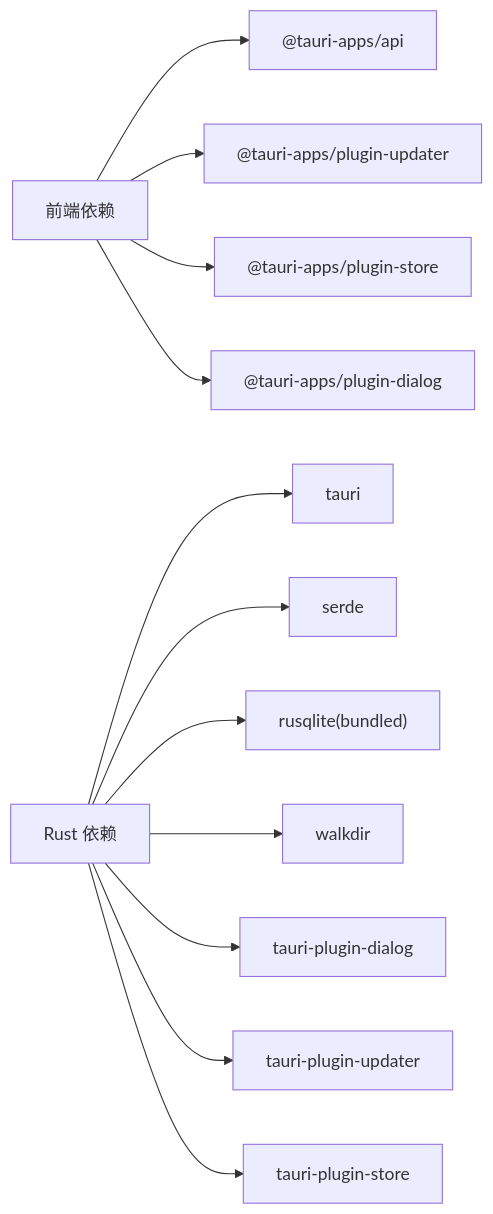
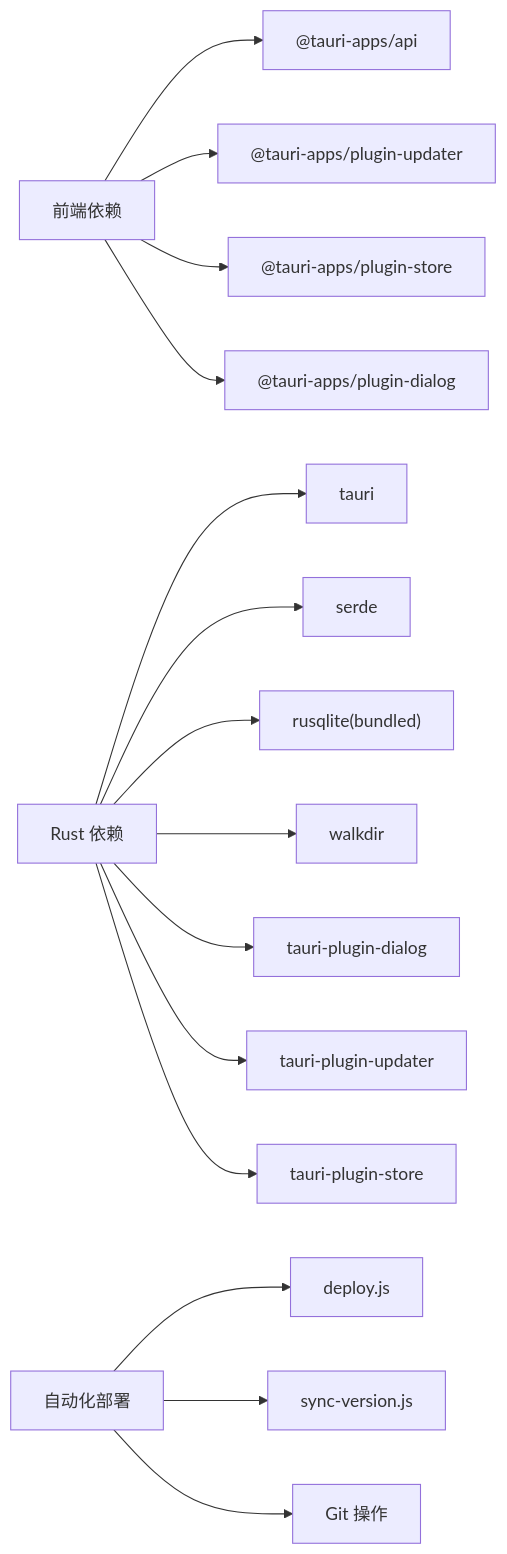
One commit to YLee9527/Medex changed the sixth of 6 diagrams in doc/repowiki/zh/content/部署与发布/部署与发布.md. Above: the diagram before and after it, drawn with Mermaid. The commit also changed other lines of this file and 31 other files, not shown here.

First line of the commit message:
docs(doc): 添加部署脚本、锁屏功能、发布指南及设置按钮图标文档

````diff
--- a/doc/repowiki/zh/content/部署与发布/部署与发布.md
+++ b/doc/repowiki/zh/content/部署与发布/部署与发布.md
@@ -253,14 +391,17 @@
 ```mermaid
 graph LR
 FE["前端依赖"] --> Tauri["@tauri-apps/api"]
 FE --> Updater["@tauri-apps/plugin-updater"]
 FE --> Store["@tauri-apps/plugin-store"]
 FE --> Dialog["@tauri-apps/plugin-dialog"]
 RS["Rust 依赖"] --> TauriCore["tauri"]
 RS --> Serde["serde"]
 RS --> SQLite["rusqlite(bundled)"]
 RS --> WalkDir["walkdir"]
 RS --> PDialog["tauri-plugin-dialog"]
 RS --> PUpdater["tauri-plugin-updater"]
 RS --> PStore["tauri-plugin-store"]
+AD["自动化部署"] --> Deploy["deploy.js"]
+AD --> Sync["sync-version.js"]
+AD --> Git["Git 操作"]
 ```
````
